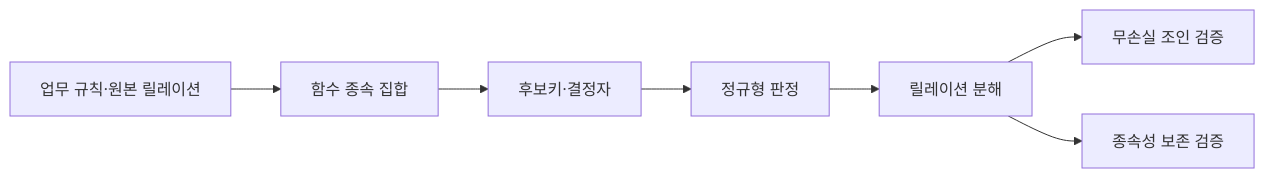
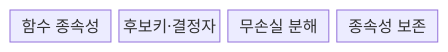
The first of 2 diagrams in src/content/docs/notes/03-software/089_database_normalization.md (agnusdei1207/knowledge-base), drawn with Mermaid before and after one commit. The commit also changed other lines of this file and 20 other files, not shown here.

````diff
--- a/src/content/docs/notes/03-software/089_database_normalization.md
+++ b/src/content/docs/notes/03-software/089_database_normalization.md
@@ -64,9 +62,8 @@
 ```mermaid
-flowchart LR
-    R[업무 규칙·원본 릴레이션] --> F[함수 종속 집합]
-    F --> K[후보키·결정자]
-    K --> N[정규형 판정]
-    N --> D[릴레이션 분해]
-    D --> L[무손실 조인 검증]
-    D --> P[종속성 보존 검증]
+block
+  columns 4
+  F["함수 종속성"]
+  K["후보키·결정자"]
+  L["무손실 분해"]
+  P["종속성 보존"]
 ```
````
